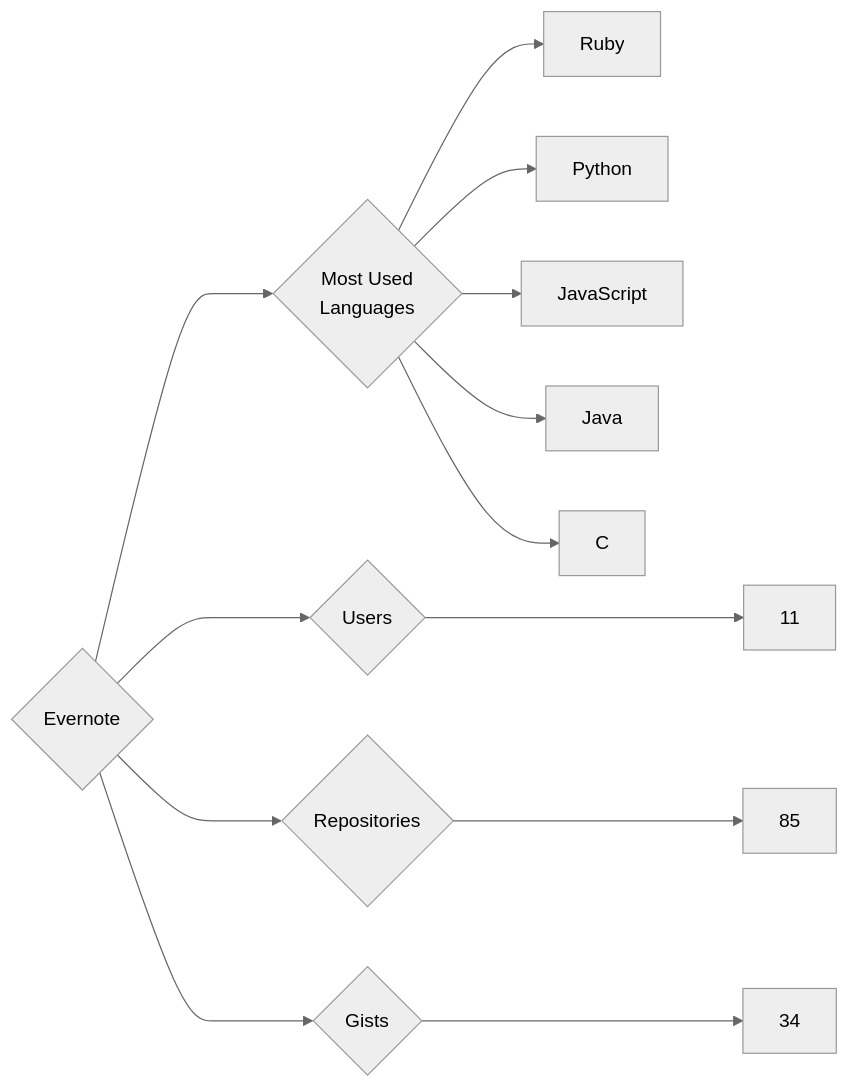
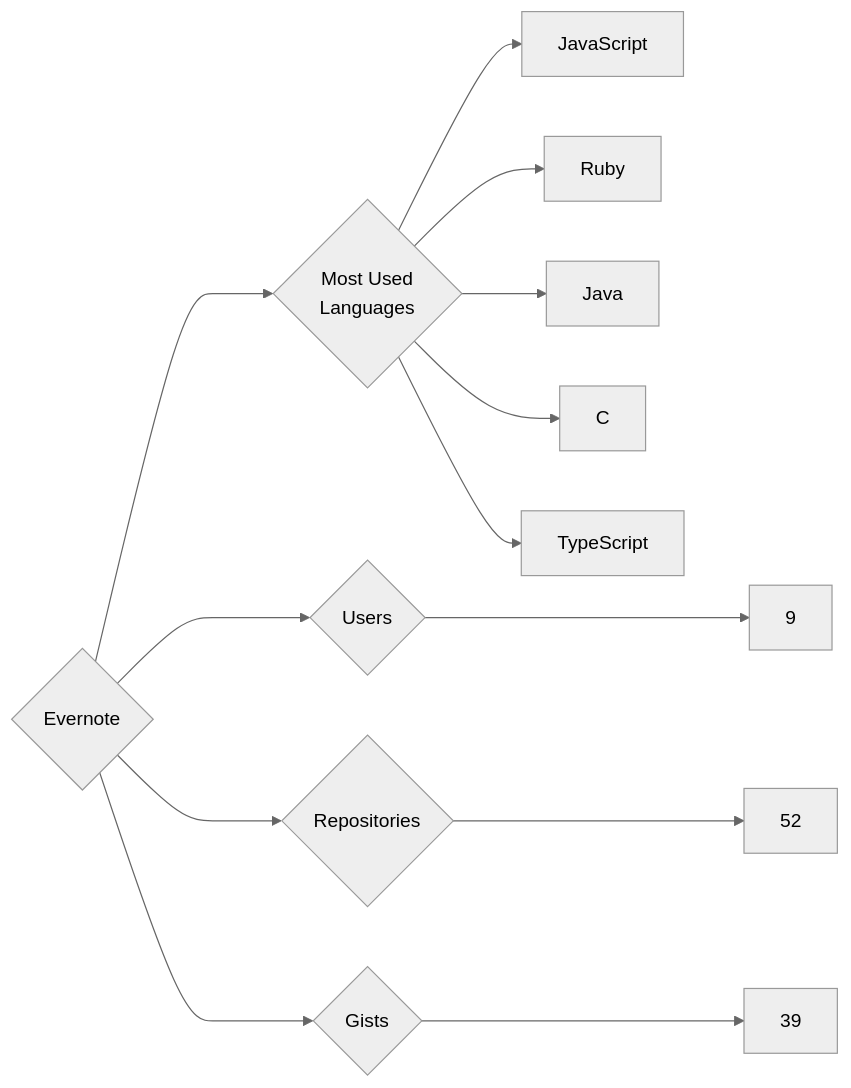
One commit to trickest/insiders changed the diagram in targets/Evernote/README.md. Above: the diagram before and after it, drawn with Mermaid (neutral theme). The commit also changed 1195 other files, not shown here.

````diff
--- a/targets/Evernote/README.md
+++ b/targets/Evernote/README.md
@@ -3,13 +3,13 @@
 ```mermaid
 graph LR
 COMPANY_NAME{Evernote}
-COMPANY_NAME ---> U{Users} ---> UN[11]
-COMPANY_NAME ---> R{Repositories} ---> RN[85]
-COMPANY_NAME ---> G{Gists} ---> GN[34]
+COMPANY_NAME ---> U{Users} ---> UN[9]
+COMPANY_NAME ---> R{Repositories} ---> RN[52]
+COMPANY_NAME ---> G{Gists} ---> GN[39]
 COMPANY_NAME ---> ML{Most Used<br>Languages}
+ML --> JavaScript[JavaScript]
 ML --> Ruby[Ruby]
-ML --> Python[Python]
-ML --> JavaScript[JavaScript]
 ML --> Java[Java]
 ML --> C[C]
+ML --> TypeScript[TypeScript]
 ```
````
